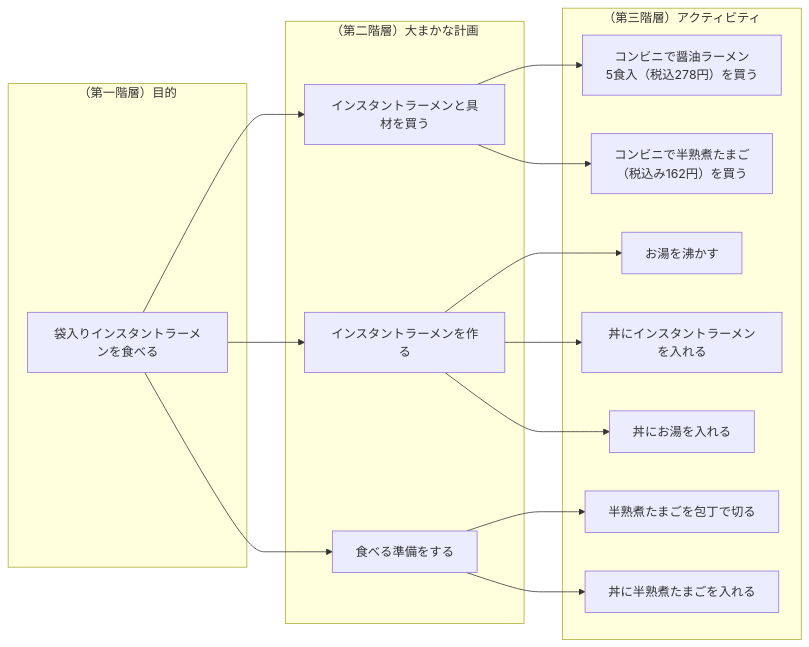
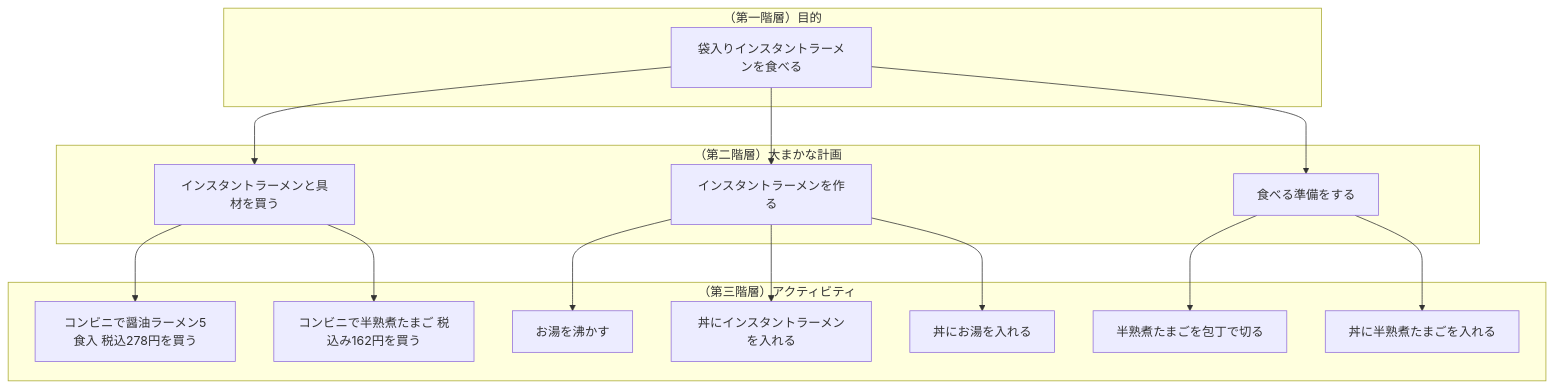
The diagram in WBS_1_3_wbs.md (eumura123/test), drawn with Mermaid before and after one commit.

````diff
--- a/WBS_1_3_wbs.md
+++ b/WBS_1_3_wbs.md
@@ -1,26 +1,24 @@
 ```mermaid
-flowchart LR
+flowchart TB
     subgraph "（第一階層）目的"
     1[袋入りインスタントラーメンを食べる]
     end
     2[インスタントラーメンと具材を買う]
     3[インスタントラーメンを作る]
     4[食べる準備をする]
-    5[コンビニで醤油ラーメン
-     5食入（税込278円）を買う]
-    6[コンビニで半熟煮たまご
-    （税込み162円）を買う]
+    5[コンビニで醤油ラーメン5食入 税込278円を買う]
+    6[コンビニで半熟煮たまご 税込み162円を買う]
     7[お湯を沸かす]
     8[丼にインスタントラーメンを入れる]
     9[丼にお湯を入れる]
     10[半熟煮たまごを包丁で切る]
     11[丼に半熟煮たまごを入れる]
     subgraph "（第二階層）大まかな計画"
     1-->2 & 3 & 4
     end
     subgraph "（第三階層）アクティビティ"
     2-->5 & 6
     3-->7 & 8 & 9
     4-->10 & 11
     end
 ```
````
